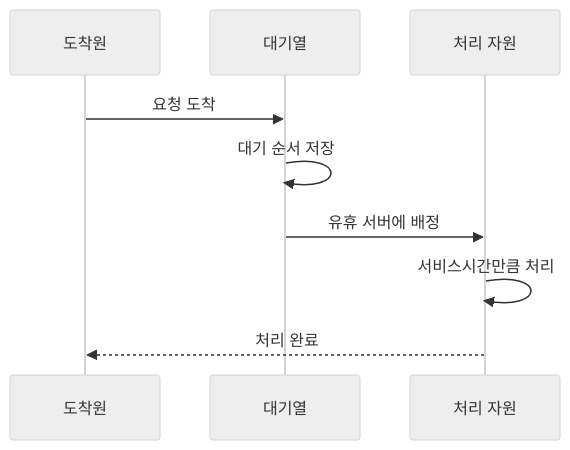
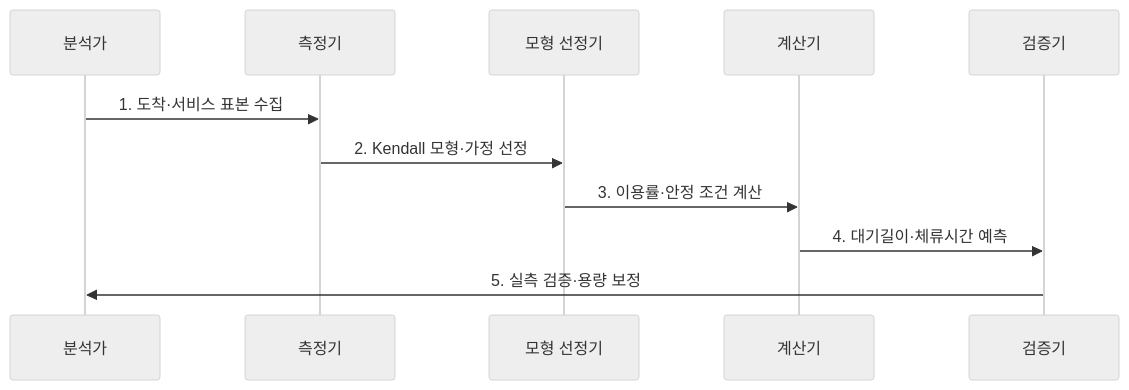
One commit to agnusdei1207/knowledge-base changed the second of 2 diagrams in src/content/docs/notes/06-evaluation/003_queuing_theory.md. Above: the diagram before and after it, drawn with Mermaid (neutral theme). The commit also changed other lines of this file and 6 other files, not shown here.

````diff
--- a/src/content/docs/notes/06-evaluation/003_queuing_theory.md
+++ b/src/content/docs/notes/06-evaluation/003_queuing_theory.md
@@ -81,11 +77,13 @@
 ```mermaid
 sequenceDiagram
-    participant A as 도착원
-    participant Q as 대기열
-    participant S as 처리 자원
-    A->>Q: 요청 도착
-    Q->>Q: 대기 순서 저장
-    Q->>S: 유휴 서버에 배정
-    S->>S: 서비스시간만큼 처리
-    S-->>A: 처리 완료
+  participant A as 분석가
+  participant M as 측정기
+  participant Q as 모형 선정기
+  participant C as 계산기
+  participant V as 검증기
+  A->>M: 1. 도착·서비스 표본 수집
+  M->>Q: 2. Kendall 모형·가정 선정
+  Q->>C: 3. 이용률·안정 조건 계산
+  C->>V: 4. 대기길이·체류시간 예측
+  V->>A: 5. 실측 검증·용량 보정
 ```
````
